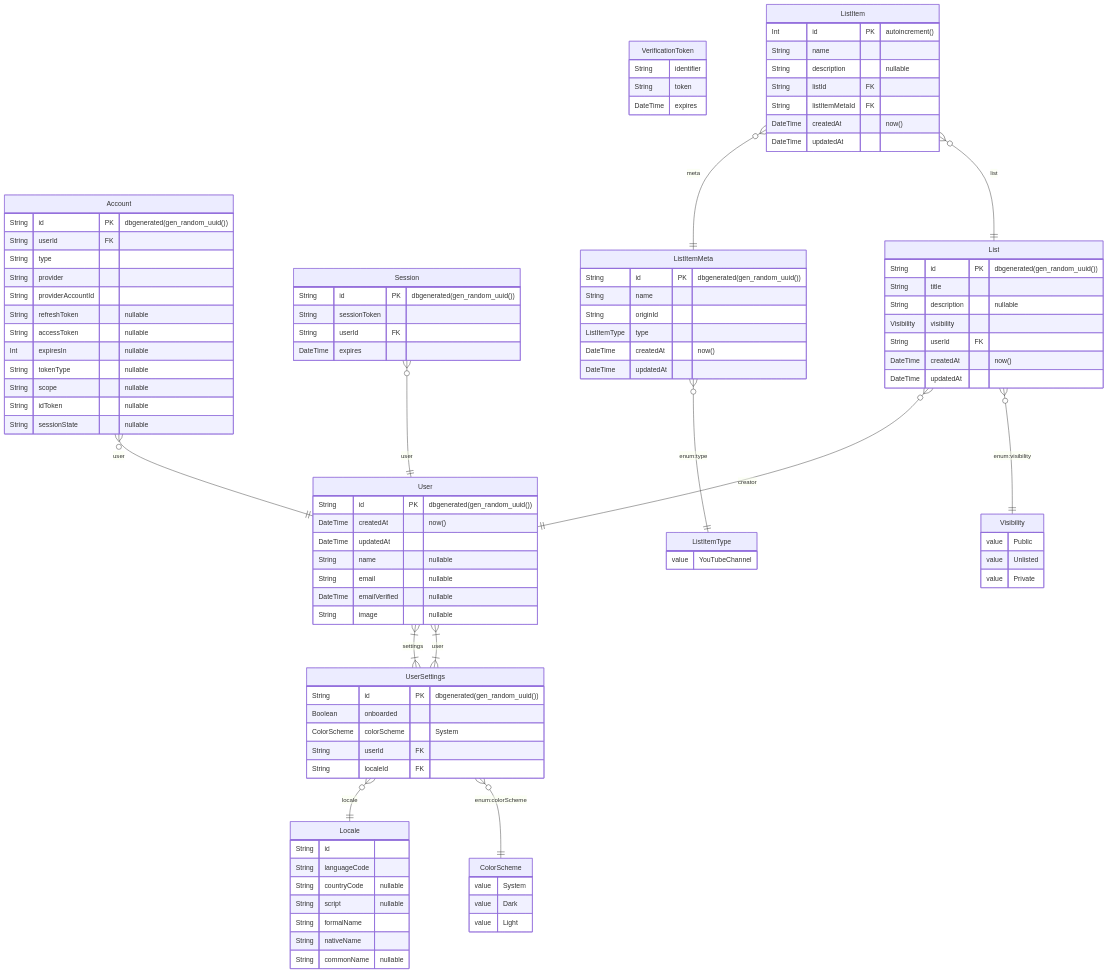
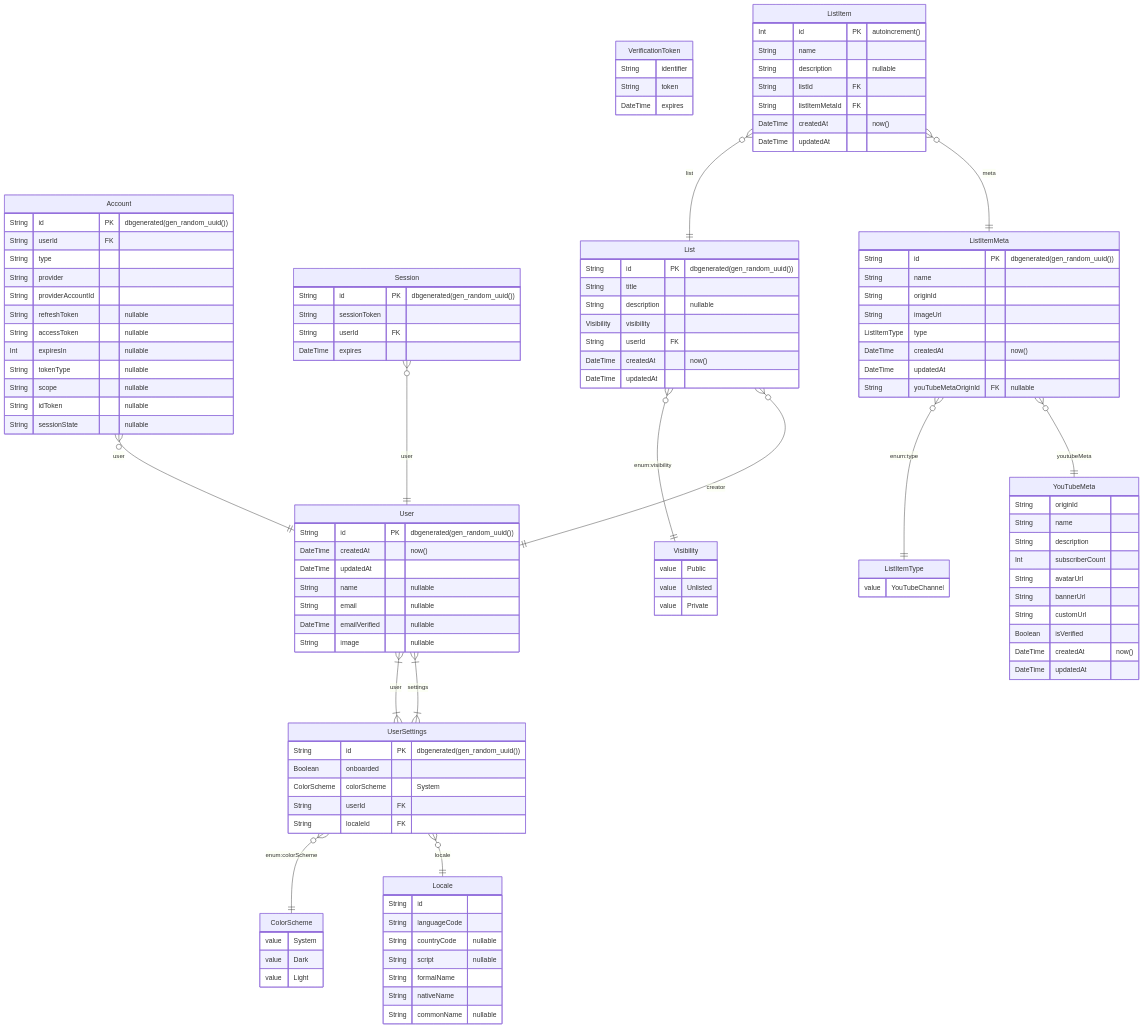
The diagram in prisma/ERD.md (CodingGarden/listd), drawn with Mermaid before and after one commit. The commit also changed 3 other files, not shown here.

````diff
--- a/prisma/ERD.md
+++ b/prisma/ERD.md
@@ -85,7 +85,21 @@
 		String id PK  "dbgenerated(gen_random_uuid())"
 		String name
 		String originId
+		String imageUrl
 		ListItemType type
+		DateTime createdAt  "now()"
+		DateTime updatedAt
+		String youTubeMetaOriginId FK  "nullable"
+	}
+	YouTubeMeta {
+		String originId
+		String name
+		String description
+		Int subscriberCount
+		String avatarUrl
+		String bannerUrl
+		String customUrl
+		Boolean isVerified
 		DateTime createdAt  "now()"
 		DateTime updatedAt
 	}
@@ -99,6 +113,7 @@
 	List }o--|| Visibility : "enum:visibility"
 	ListItem }o--|| ListItemMeta : meta
 	ListItem }o--|| List : list
+	ListItemMeta }o--|| YouTubeMeta : youtubeMeta
 	ListItemMeta }o--|| ListItemType : "enum:type"
 
 ```
````
